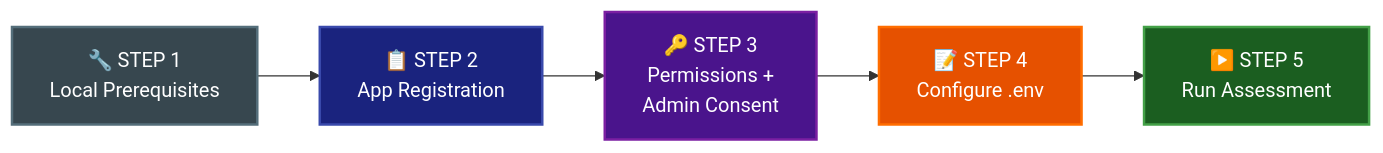
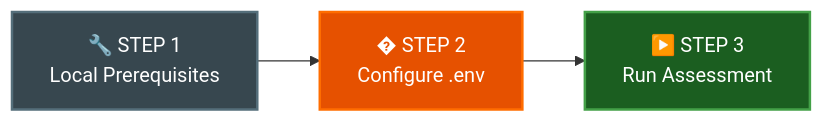
Before and after one commit to mironi-org/m365-copilot-automated-readiness-assessment: the first of 2 diagrams in INTERACTIVE-AUTH-GUIDELINES.md, drawn with Mermaid. The commit also changed other lines of this file, not shown here.

````diff
--- a/INTERACTIVE-AUTH-GUIDELINES.md
+++ b/INTERACTIVE-AUTH-GUIDELINES.md
@@ -15,24 +15,18 @@
 ```mermaid
 flowchart LR
     %% Steps
     S1["🔧 STEP 1\nLocal Prerequisites"]
-    S2["📋 STEP 2\nApp Registration"]
-    S3["🔑 STEP 3\nPermissions +\nAdmin Consent"]
-    S4["📝 STEP 4\nConfigure .env"]
-    S5["▶️ STEP 5\nRun Assessment"]
+    S2["� STEP 2\nConfigure .env"]
+    S3["▶️ STEP 3\nRun Assessment"]
 
-    S1 --> S2 --> S3 --> S4 --> S5
+    S1 --> S2 --> S3
 
     %% Styling
     classDef prereqStyle fill:#37474F,stroke:#546E7A,color:#FFF,stroke-width:2px
-    classDef setupStyle fill:#1A237E,stroke:#3949AB,color:#FFF,stroke-width:2px
-    classDef permStyle fill:#4A148C,stroke:#7B1FA2,color:#FFF,stroke-width:2px
     classDef envStyle fill:#E65100,stroke:#FF6D00,color:#FFF,stroke-width:2px
     classDef runStyle fill:#1B5E20,stroke:#43A047,color:#FFF,stroke-width:2px
 
     class S1 prereqStyle
-    class S2 setupStyle
-    class S3 permStyle
-    class S4 envStyle
-    class S5 runStyle
+    class S2 envStyle
+    class S3 runStyle
 ```
````
